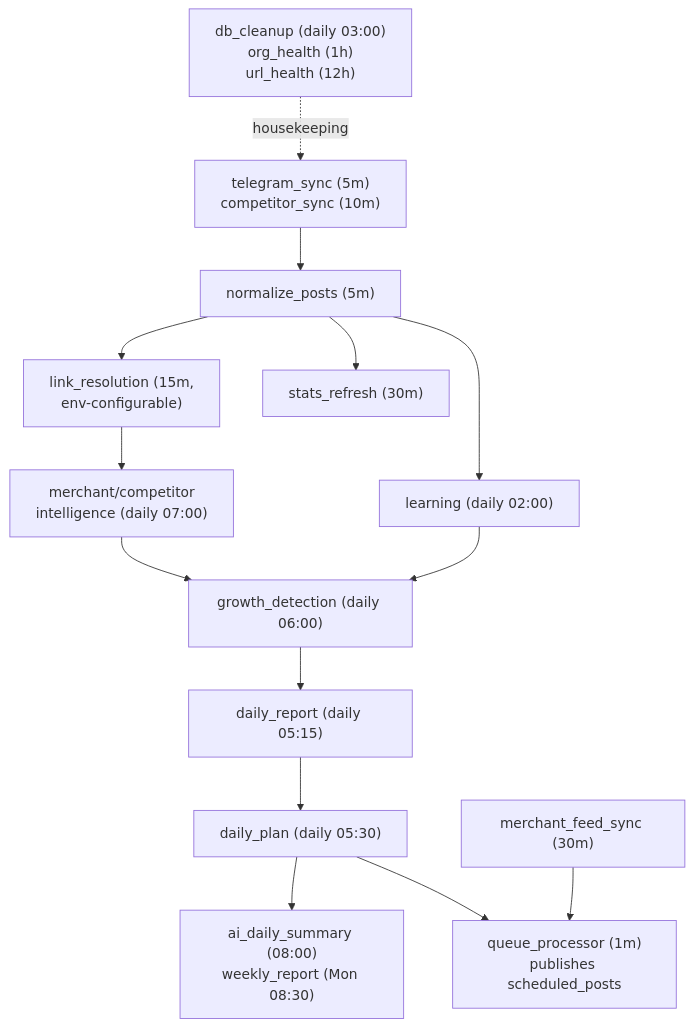
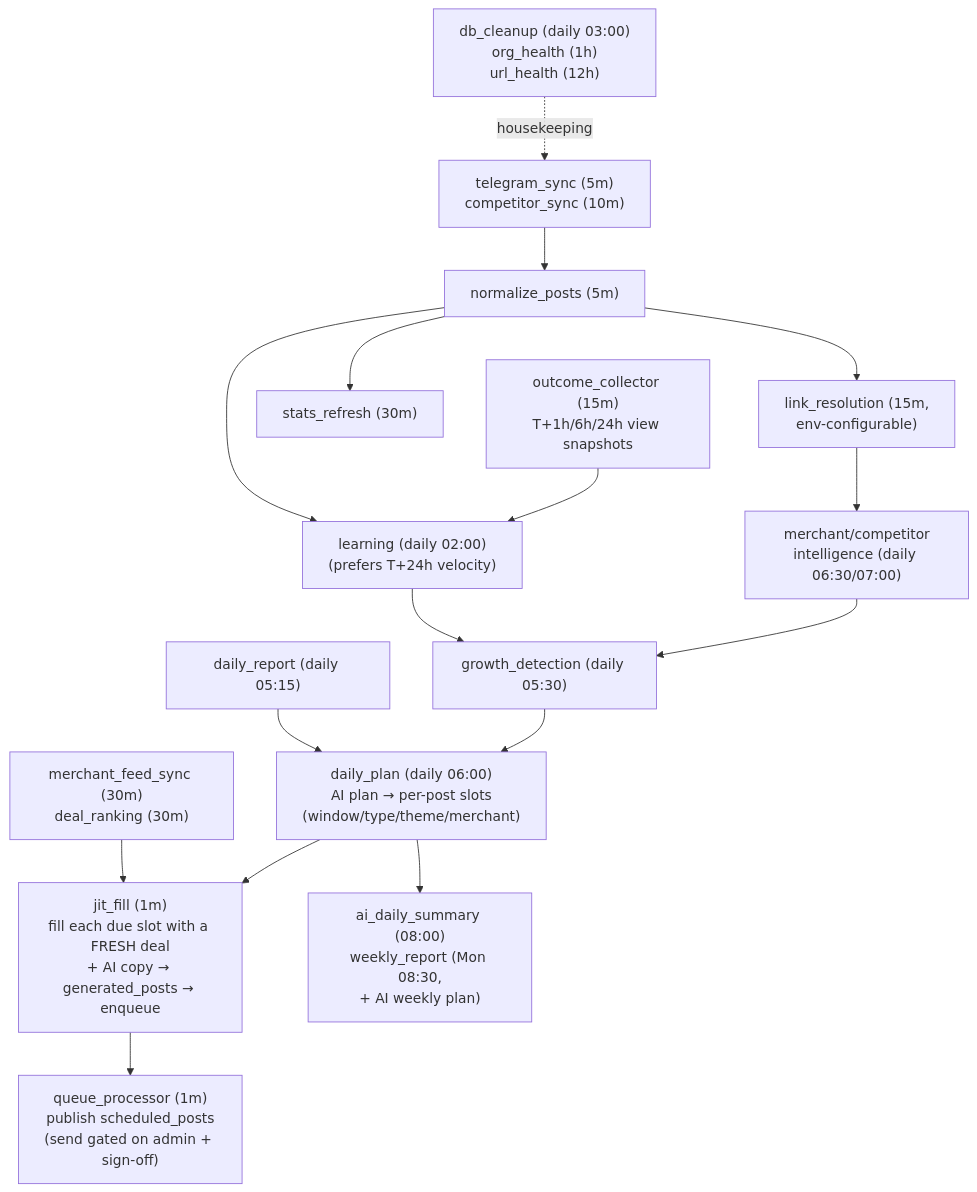
Before and after one commit to aatreyi30/telegram_agent: the third of 4 diagrams in architecture.md, drawn with Mermaid. The commit also changed other lines of this file, not shown here.

First line of the commit message:
docs: refresh architecture.md for the AI-plan-driven JIT posting flow

````diff
--- a/architecture.md
+++ b/architecture.md
@@ -209,16 +230,18 @@
 ```mermaid
 flowchart TD
     A["telegram_sync (5m)\ncompetitor_sync (10m)"] --> B["normalize_posts (5m)"]
     B --> C["link_resolution (15m,\nenv-configurable)"]
     B --> D["stats_refresh (30m)"]
-    C --> E["merchant/competitor\nintelligence (daily 07:00)"]
-    B --> F["learning (daily 02:00)"]
-    E --> G["growth_detection (daily 06:00)"]
-    F --> G
-    G --> H["daily_report (daily 05:15)"]
-    H --> I["daily_plan (daily 05:30)"]
-    I --> J["ai_daily_summary (08:00)\nweekly_report (Mon 08:30)"]
-    K["merchant_feed_sync (30m)"] --> L["queue_processor (1m)\npublishes scheduled_posts"]
-    I --> L
+    C --> E["merchant/competitor\nintelligence (daily 06:30/07:00)"]
+    B --> F["learning (daily 02:00)\n(prefers T+24h velocity)"]
+    STAT["outcome_collector (15m)\nT+1h/6h/24h view snapshots"] --> F
+    F --> G["growth_detection (daily 05:30)"]
+    E --> G
+    RPT["daily_report (daily 05:15)"] --> I["daily_plan (daily 06:00)\nAI plan → per-post slots\n(window/type/theme/merchant)"]
+    G --> I
+    K["merchant_feed_sync (30m)\ndeal_ranking (30m)"] --> JIT["jit_fill (1m)\nfill each due slot with a FRESH deal\n+ AI copy → generated_posts → enqueue"]
+    I --> JIT
+    JIT --> L["queue_processor (1m)\npublish scheduled_posts\n(send gated on admin + sign-off)"]
+    I --> J["ai_daily_summary (08:00)\nweekly_report (Mon 08:30,\n+ AI weekly plan)"]
     M["db_cleanup (daily 03:00)\norg_health (1h)\nurl_health (12h)"] -.housekeeping.-> A
 ```
````
